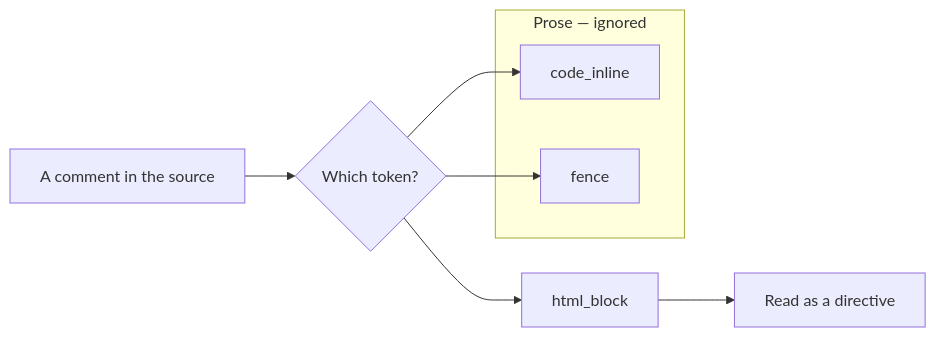
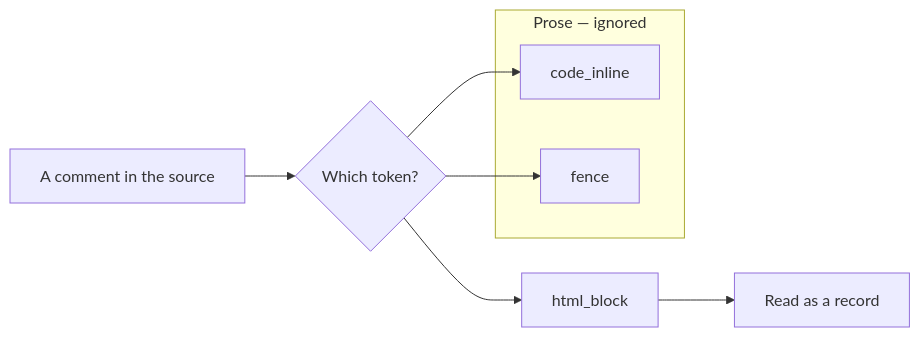
One commit to Laticent/lattice changed the fourth of 5 diagrams in examples/slide-class-forms.md. Above: the diagram before and after it, drawn with Mermaid. The commit also changed other lines of this file and 563 other files, not shown here.

````diff
--- a/examples/slide-class-forms.md
+++ b/examples/slide-class-forms.md
@@ -98,12 +98,12 @@
 ```mermaid
 flowchart LR
   A["A comment in the source"] --> B{"Which token?"}
   subgraph prose["Prose — ignored"]
     C["code_inline"]
     D["fence"]
   end
   B --> C
   B --> D
   B --> E["html_block"]
-  E --> F["Read as a directive"]
+  E --> F["Read as a record"]
 ```
````
